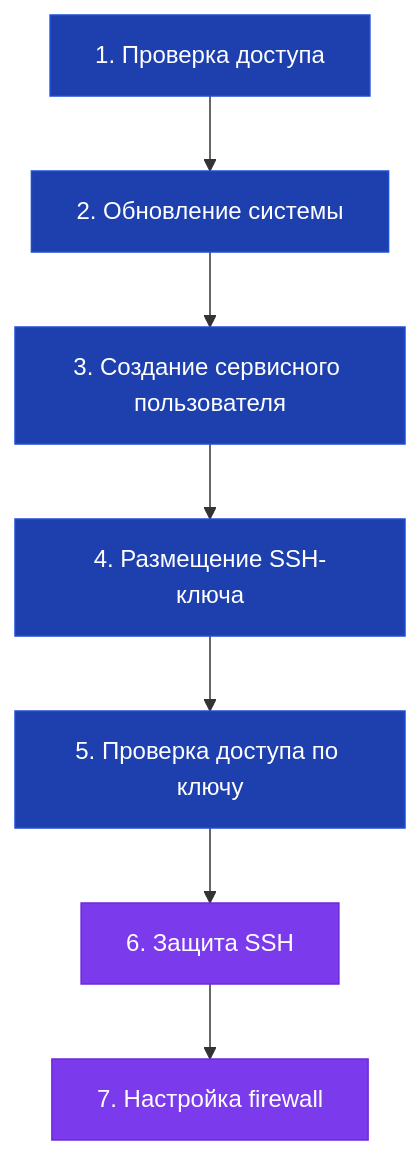
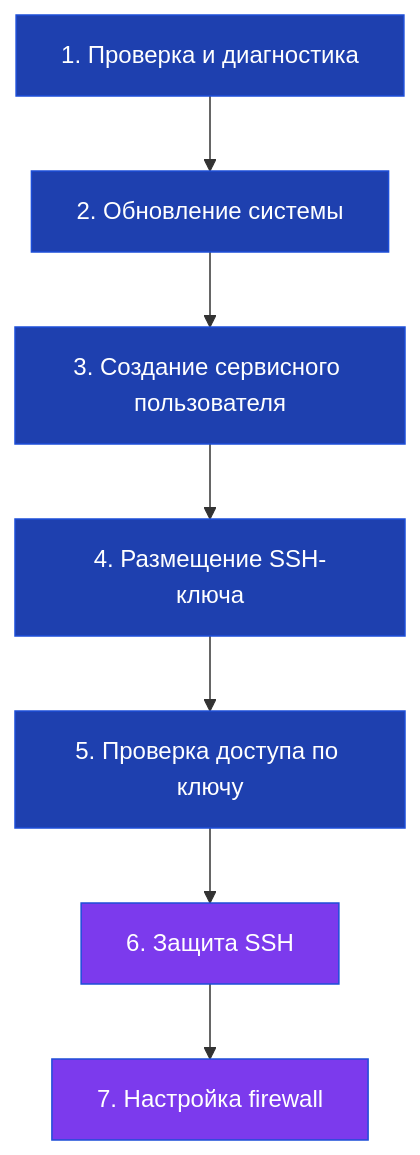
The first of 2 diagrams in content/docs/nodes/_index.md (SigilGate/SigilGate.github.io), drawn with Mermaid before and after one commit. The commit also changed other lines of this file, not shown here.

```diff
--- a/content/docs/nodes/_index.md
+++ b/content/docs/nodes/_index.md
@@ -56,20 +27,20 @@
 {{< mermaid >}}
 graph TD
-    S1["1. Проверка доступа"]
+    S1["1. Проверка и диагностика"]
     S2["2. Обновление системы"]
     S3["3. Создание сервисного пользователя"]
     S4["4. Размещение SSH-ключа"]
     S5["5. Проверка доступа по ключу"]
     S6["6. Защита SSH"]
     S7["7. Настройка firewall"]
 
     S1 --> S2 --> S3 --> S4 --> S5 --> S6 --> S7
 
     style S1 fill:#1e40af,color:#fff,stroke:#1d4ed8
     style S2 fill:#1e40af,color:#fff,stroke:#1d4ed8
     style S3 fill:#1e40af,color:#fff,stroke:#1d4ed8
     style S4 fill:#1e40af,color:#fff,stroke:#1d4ed8
     style S5 fill:#1e40af,color:#fff,stroke:#1d4ed8
-    style S6 fill:#7c3aed,color:#fff,stroke:#6d28d9
-    style S7 fill:#7c3aed,color:#fff,stroke:#6d28d9
+    style S6 fill:#7c3aed,color:#fff,stroke:#1d4ed8
+    style S7 fill:#7c3aed,color:#fff,stroke:#1d4ed8
 {{< /mermaid >}}
```
